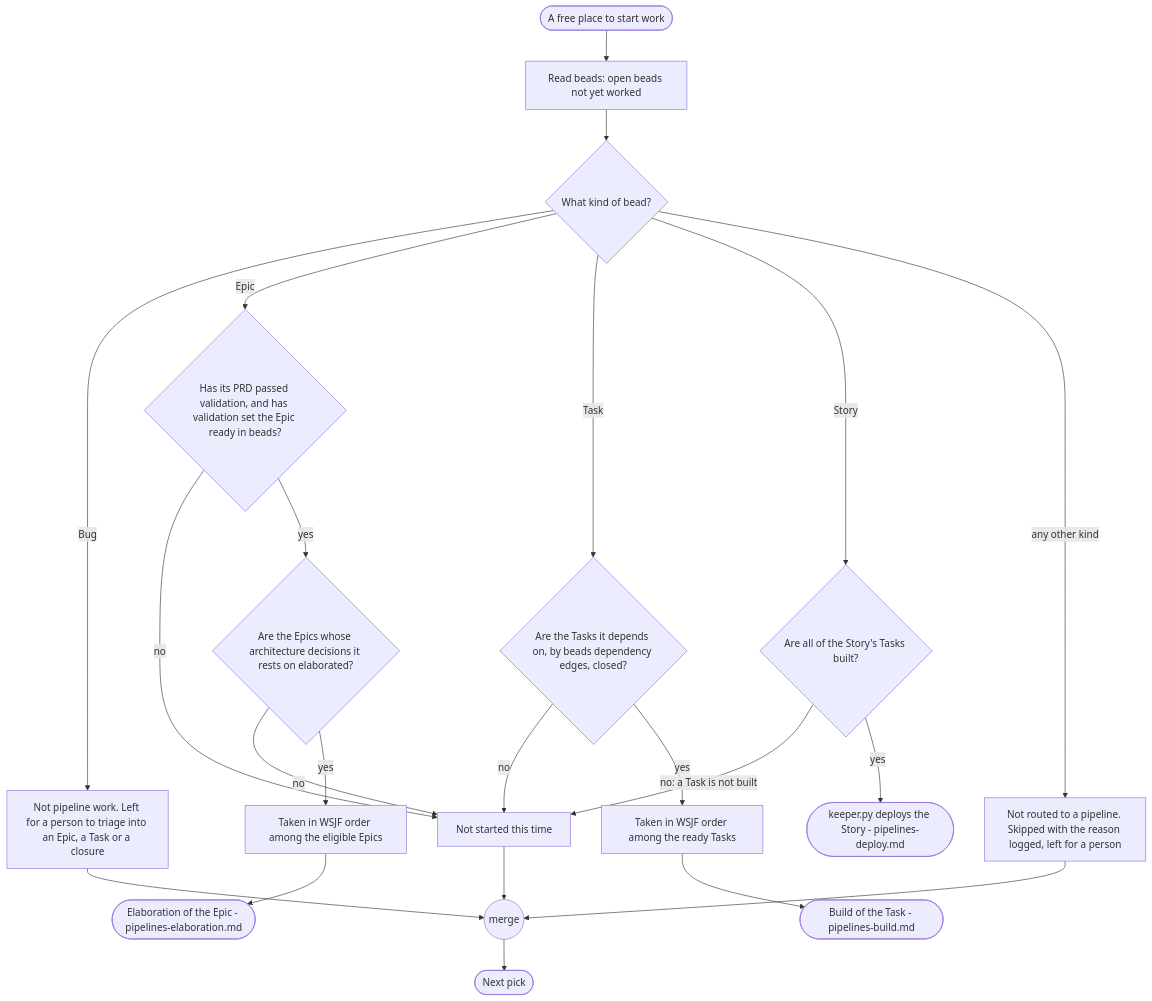
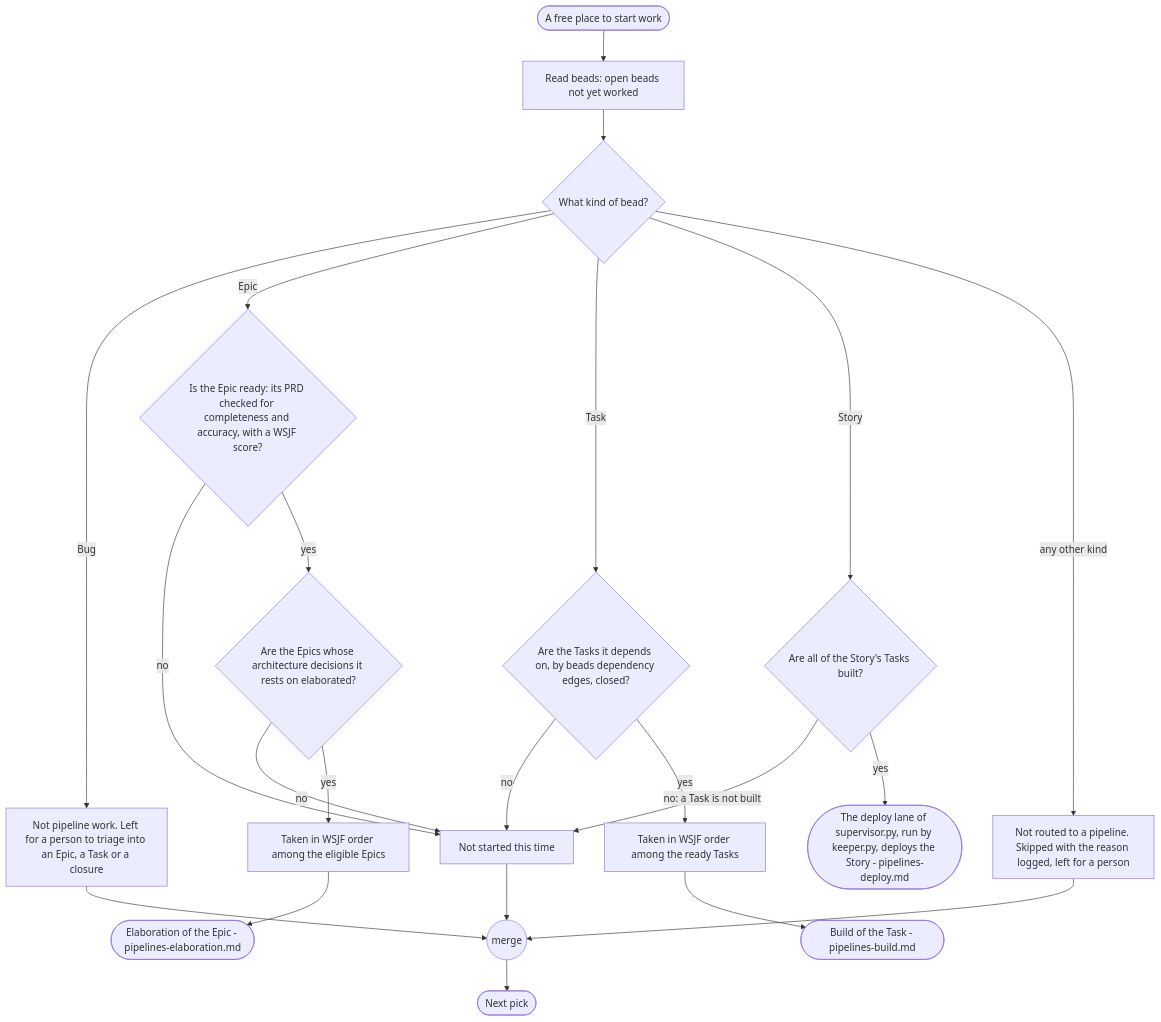
Before and after one commit to mark-satterfield/toolset: the second of 8 diagrams in plugins/agent-teams-workforce/blueprint/design/pipelines-driver.md, drawn with Mermaid. The commit also changed other lines of this file and 1 other file, not shown here.

First line of the commit message:
docs(blueprint): draw keeper and supervisor from their code and start the driver at a ready Epic

````diff
--- a/plugins/agent-teams-workforce/blueprint/design/pipelines-driver.md
+++ b/plugins/agent-teams-workforce/blueprint/design/pipelines-driver.md
@@ -117,24 +173,24 @@
 ```mermaid
 flowchart TD
     s(["A free place to start work"]) --> read["Read beads: open beads not yet worked"]
     read --> kind{"What kind of bead?"}
     kind -->|"Bug"| bug["Not pipeline work. Left for a person to triage into an Epic, a Task or a closure"]
-    kind -->|"Epic"| eReady{"Has its PRD passed validation, and has validation set the Epic ready in beads?"}
+    kind -->|"Epic"| eReady{"Is the Epic ready: its PRD checked for completeness and accuracy, with a WSJF score?"}
     kind -->|"Task"| tReady{"Are the Tasks it depends on, by beads dependency edges, closed?"}
     kind -->|"Story"| sReady{"Are all of the Story's Tasks built?"}
     kind -->|"any other kind"| other["Not routed to a pipeline. Skipped with the reason logged, left for a person"]
     eReady -->|"no"| skip["Not started this time"]
     eReady -->|"yes"| eDeps{"Are the Epics whose architecture decisions it rests on elaborated?"}
     eDeps -->|"no"| skip
     eDeps -->|"yes"| eOrder["Taken in WSJF order among the eligible Epics"]
     eOrder --> eRun(["Elaboration of the Epic - pipelines-elaboration.md"])
     tReady -->|"no"| skip
     tReady -->|"yes"| tOrder["Taken in WSJF order among the ready Tasks"]
     tOrder --> tRun(["Build of the Task - pipelines-build.md"])
     sReady -->|"no: a Task is not built"| skip
-    sReady -->|"yes"| sRun(["keeper.py deploys the Story - pipelines-deploy.md"])
+    sReady -->|"yes"| sRun(["The deploy lane of supervisor.py, run by keeper.py, deploys the Story - pipelines-deploy.md"])
     bug --> m(("merge"))
     other --> m
     skip --> m
     m --> e(["Next pick"])
 ```
````
